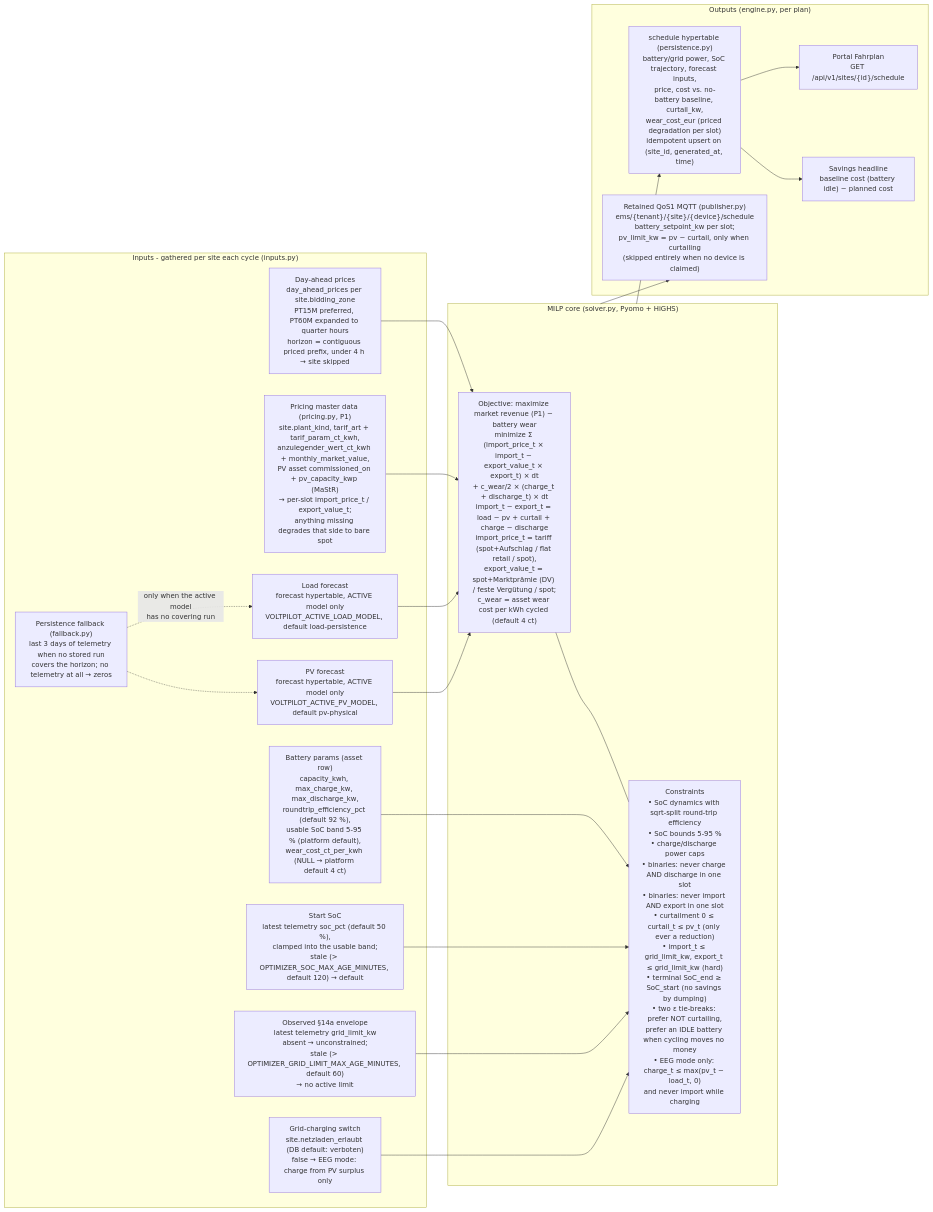
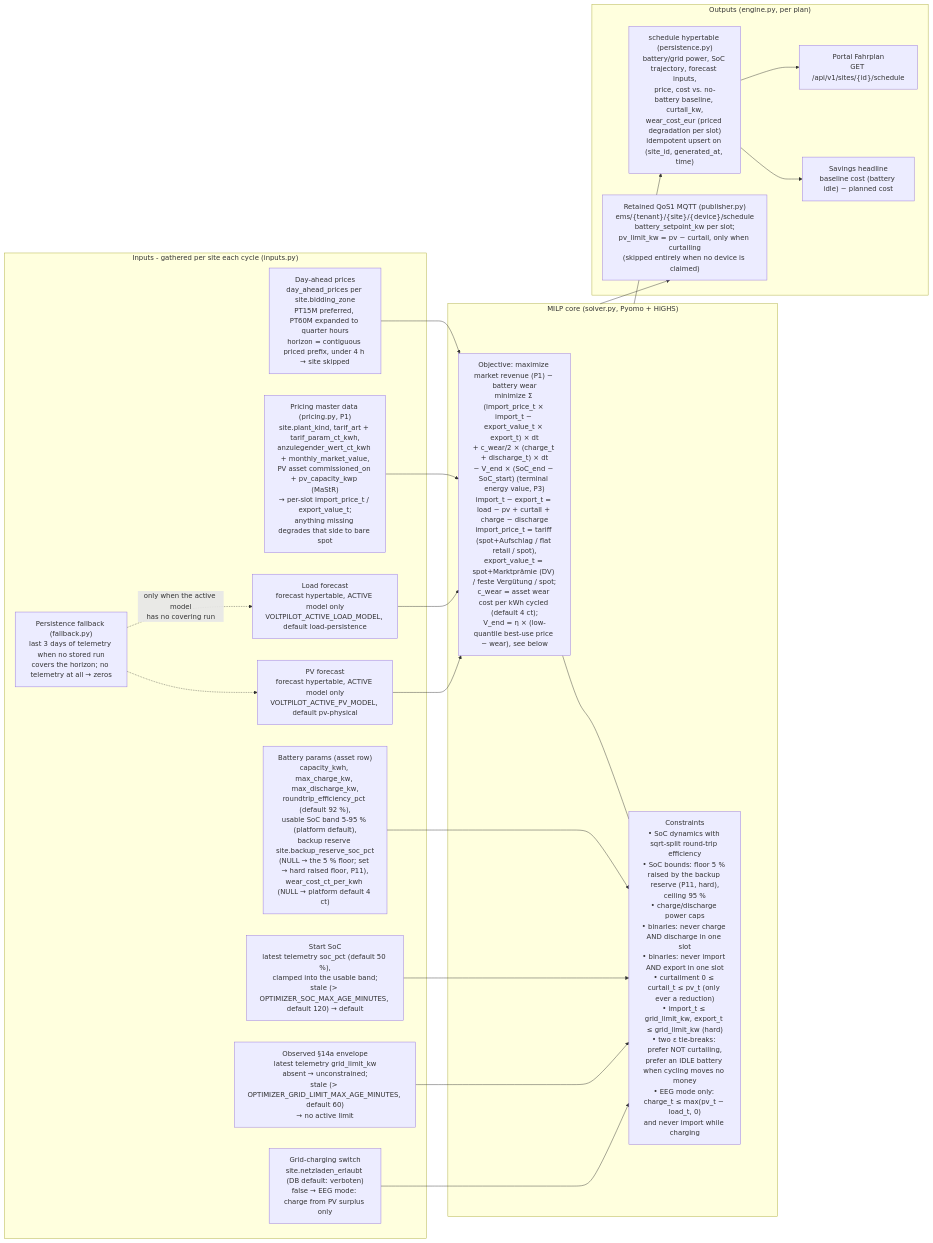
The diagram in services/optimization/README.md (Rayleigh3105/voltpilot-ems), drawn with Mermaid before and after one commit. The commit also changed other lines of this file and 11 other files, not shown here.

````diff
--- a/services/optimization/README.md
+++ b/services/optimization/README.md
@@ -15,42 +15,42 @@
 ```mermaid
 flowchart LR
     subgraph IN["Inputs - gathered per site each cycle (inputs.py)"]
         PRICES["Day-ahead prices<br/>day_ahead_prices per site.bidding_zone<br/>PT15M preferred, PT60M expanded to quarter hours<br/>horizon = contiguous priced prefix, under 4 h → site skipped"]
         LOAD["Load forecast<br/>forecast hypertable, ACTIVE model only<br/>VOLTPILOT_ACTIVE_LOAD_MODEL, default load-persistence"]
         PV["PV forecast<br/>forecast hypertable, ACTIVE model only<br/>VOLTPILOT_ACTIVE_PV_MODEL, default pv-physical"]
         FB["Persistence fallback (fallback.py)<br/>last 3 days of telemetry when no stored run<br/>covers the horizon; no telemetry at all → zeros"]
-        BAT["Battery params (asset row)<br/>capacity_kwh, max_charge_kw, max_discharge_kw,<br/>roundtrip_efficiency_pct (default 92 %),<br/>usable SoC band 5-95 % (platform default),<br/>wear_cost_ct_per_kwh (NULL → platform default 4 ct)"]
+        BAT["Battery params (asset row)<br/>capacity_kwh, max_charge_kw, max_discharge_kw,<br/>roundtrip_efficiency_pct (default 92 %),<br/>usable SoC band 5-95 % (platform default),<br/>backup reserve site.backup_reserve_soc_pct<br/>(NULL → the 5 % floor; set → hard raised floor, P11),<br/>wear_cost_ct_per_kwh (NULL → platform default 4 ct)"]
         SOC["Start SoC<br/>latest telemetry soc_pct (default 50 %),<br/>clamped into the usable band;<br/>stale (&gt; OPTIMIZER_SOC_MAX_AGE_MINUTES, default 120) → default"]
         LIMIT["Observed §14a envelope<br/>latest telemetry grid_limit_kw<br/>absent → unconstrained;<br/>stale (&gt; OPTIMIZER_GRID_LIMIT_MAX_AGE_MINUTES, default 60)<br/>→ no active limit"]
         NETZ["Grid-charging switch<br/>site.netzladen_erlaubt (DB default: verboten)<br/>false → EEG mode: charge from PV surplus only"]
         TARIF["Pricing master data (pricing.py, P1)<br/>site.plant_kind, tarif_art + tarif_param_ct_kwh,<br/>anzulegender_wert_ct_kwh + monthly_market_value,<br/>PV asset commissioned_on + pv_capacity_kwp (MaStR)<br/>→ per-slot import_price_t / export_value_t;<br/>anything missing degrades that side to bare spot"]
         FB -. "only when the active model<br/>has no covering run" .-> LOAD
         FB -.-> PV
     end
 
     subgraph MILP["MILP core (solver.py, Pyomo + HiGHS)"]
-        OBJ["Objective: maximize market revenue (P1) − battery wear<br/>minimize Σ (import_price_t × import_t − export_value_t × export_t) × dt<br/>+ c_wear/2 × (charge_t + discharge_t) × dt<br/>import_t − export_t = load − pv + curtail + charge − discharge<br/>import_price_t = tariff (spot+Aufschlag / flat retail / spot),<br/>export_value_t = spot+Marktprämie (DV) / feste Vergütung / spot;<br/>c_wear = asset wear cost per kWh cycled (default 4 ct)"]
-        CON["Constraints<br/>• SoC dynamics with sqrt-split round-trip efficiency<br/>• SoC bounds 5-95 %<br/>• charge/discharge power caps<br/>• binaries: never charge AND discharge in one slot<br/>• binaries: never import AND export in one slot<br/>• curtailment 0 ≤ curtail_t ≤ pv_t (only ever a reduction)<br/>• import_t ≤ grid_limit_kw, export_t ≤ grid_limit_kw (hard)<br/>• terminal SoC_end ≥ SoC_start (no savings by dumping)<br/>• two ε tie-breaks: prefer NOT curtailing,<br/>prefer an IDLE battery when cycling moves no money<br/>• EEG mode only: charge_t ≤ max(pv_t − load_t, 0)<br/>and never import while charging"]
+        OBJ["Objective: maximize market revenue (P1) − battery wear<br/>minimize Σ (import_price_t × import_t − export_value_t × export_t) × dt<br/>+ c_wear/2 × (charge_t + discharge_t) × dt<br/>− V_end × (SoC_end − SoC_start) (terminal energy value, P3)<br/>import_t − export_t = load − pv + curtail + charge − discharge<br/>import_price_t = tariff (spot+Aufschlag / flat retail / spot),<br/>export_value_t = spot+Marktprämie (DV) / feste Vergütung / spot;<br/>c_wear = asset wear cost per kWh cycled (default 4 ct);<br/>V_end = η × (low-quantile best-use price − wear), see below"]
+        CON["Constraints<br/>• SoC dynamics with sqrt-split round-trip efficiency<br/>• SoC bounds: floor 5 % raised by the backup reserve (P11, hard),<br/>ceiling 95 %<br/>• charge/discharge power caps<br/>• binaries: never charge AND discharge in one slot<br/>• binaries: never import AND export in one slot<br/>• curtailment 0 ≤ curtail_t ≤ pv_t (only ever a reduction)<br/>• import_t ≤ grid_limit_kw, export_t ≤ grid_limit_kw (hard)<br/>• two ε tie-breaks: prefer NOT curtailing,<br/>prefer an IDLE battery when cycling moves no money<br/>• EEG mode only: charge_t ≤ max(pv_t − load_t, 0)<br/>and never import while charging"]
         OBJ --- CON
     end
 
     subgraph OUT["Outputs (engine.py, per plan)"]
         DB["schedule hypertable (persistence.py)<br/>battery/grid power, SoC trajectory, forecast inputs,<br/>price, cost vs. no-battery baseline, curtail_kw,<br/>wear_cost_eur (priced degradation per slot)<br/>idempotent upsert on (site_id, generated_at, time)"]
         MQTT["Retained QoS1 MQTT (publisher.py)<br/>ems/{tenant}/{site}/{device}/schedule<br/>battery_setpoint_kw per slot;<br/>pv_limit_kw = pv − curtail, only when curtailing<br/>(skipped entirely when no device is claimed)"]
         PORTAL["Portal Fahrplan<br/>GET /api/v1/sites/{id}/schedule"]
         SAVINGS["Savings headline<br/>baseline cost (battery idle) − planned cost"]
     end
 
     PRICES --> OBJ
     TARIF --> OBJ
     LOAD --> OBJ
     PV --> OBJ
     BAT --> CON
     SOC --> CON
     LIMIT --> CON
     NETZ --> CON
     MILP --> DB
     MILP --> MQTT
     DB --> PORTAL
     DB --> SAVINGS
 ```
````
